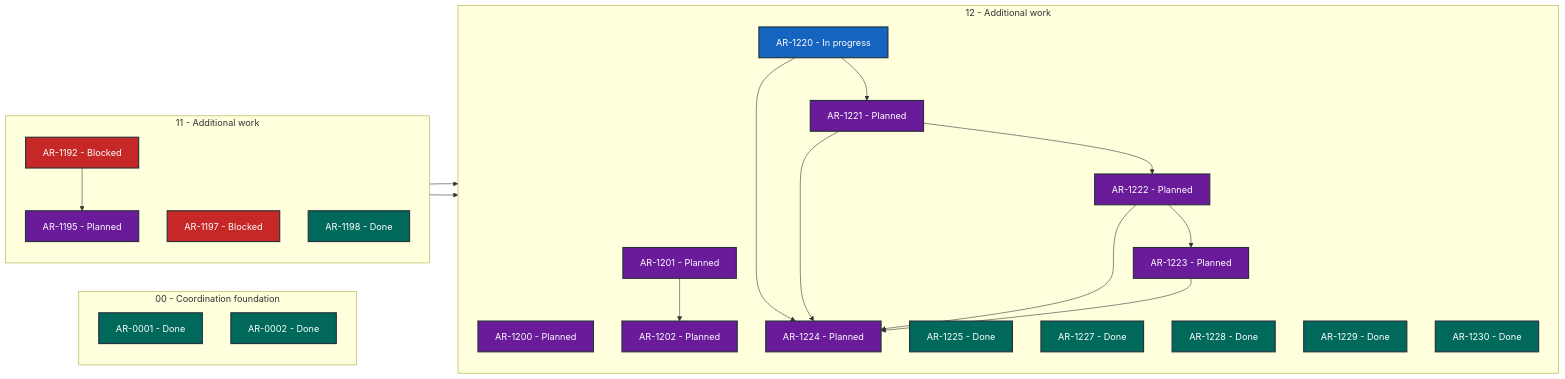
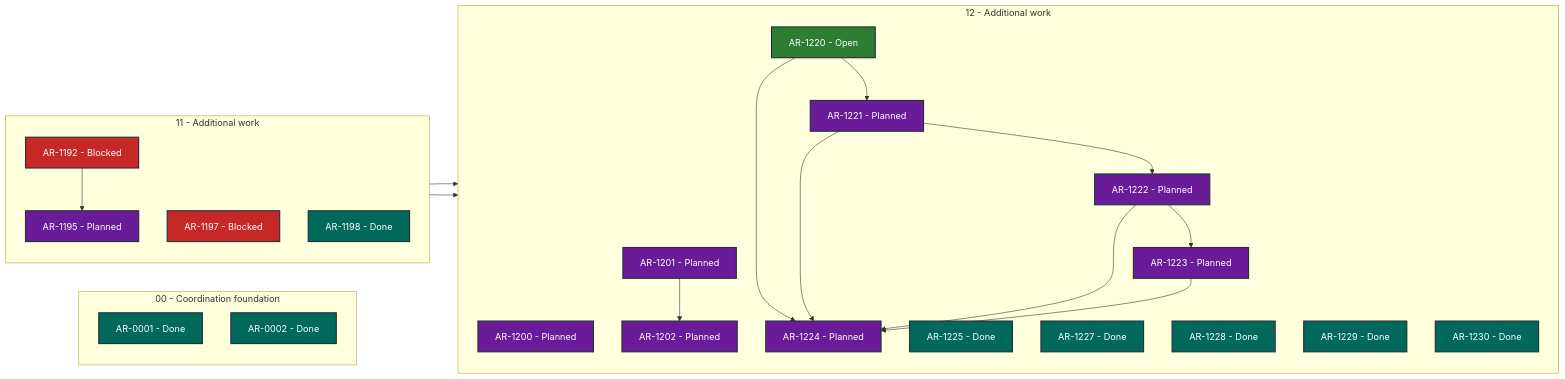
The diagram in STATUS.md (martin-beck/asb-tui-state), drawn with Mermaid before and after one commit. The commit also changed other lines of this file and 2 other files, not shown here.

````diff
--- a/STATUS.md
+++ b/STATUS.md
@@ -27,50 +27,50 @@
 ```mermaid
 flowchart LR
     subgraph series_00["00 - Coordination foundation"]
         direction TB
         AR_0001["AR-0001 - Done"]:::status_done
         AR_0002["AR-0002 - Done"]:::status_done
     end
     subgraph series_11["11 - Additional work"]
         direction TB
         AR_1192["AR-1192 - Blocked"]:::status_blocked
         AR_1195["AR-1195 - Planned"]:::status_planned
         AR_1197["AR-1197 - Blocked"]:::status_blocked
         AR_1198["AR-1198 - Done"]:::status_done
     end
     subgraph series_12["12 - Additional work"]
         direction TB
         AR_1200["AR-1200 - Planned"]:::status_planned
         AR_1201["AR-1201 - Planned"]:::status_planned
         AR_1202["AR-1202 - Planned"]:::status_planned
-        AR_1220["AR-1220 - In progress"]:::status_in_progress
+        AR_1220["AR-1220 - Open"]:::status_open
         AR_1221["AR-1221 - Planned"]:::status_planned
         AR_1222["AR-1222 - Planned"]:::status_planned
         AR_1223["AR-1223 - Planned"]:::status_planned
         AR_1224["AR-1224 - Planned"]:::status_planned
         AR_1225["AR-1225 - Done"]:::status_done
         AR_1227["AR-1227 - Done"]:::status_done
         AR_1228["AR-1228 - Done"]:::status_done
         AR_1229["AR-1229 - Done"]:::status_done
         AR_1230["AR-1230 - Done"]:::status_done
     end
     AR_1192 --> AR_1195
     AR_1195 --> AR_1200
     AR_1197 --> AR_1201
     AR_1201 --> AR_1202
     AR_1220 --> AR_1221
     AR_1220 --> AR_1224
     AR_1221 --> AR_1222
     AR_1221 --> AR_1224
     AR_1222 --> AR_1223
     AR_1222 --> AR_1224
     AR_1223 --> AR_1224
     classDef status_in_progress fill:#1565c0,color:#ffffff,stroke:#263238,stroke-width:2px
     classDef status_open fill:#2e7d32,color:#ffffff,stroke:#263238,stroke-width:2px
     classDef status_blocked fill:#c62828,color:#ffffff,stroke:#263238,stroke-width:2px
     classDef status_planned fill:#6a1b9a,color:#ffffff,stroke:#263238,stroke-width:2px
     classDef status_future fill:#455a64,color:#ffffff,stroke:#263238,stroke-width:2px
     classDef status_done fill:#00695c,color:#ffffff,stroke:#263238,stroke-width:2px
     classDef status_cancelled fill:#616161,color:#ffffff,stroke:#263238,stroke-width:2px
     classDef status_superseded fill:#5d4037,color:#ffffff,stroke:#263238,stroke-width:2px
 ```
````
